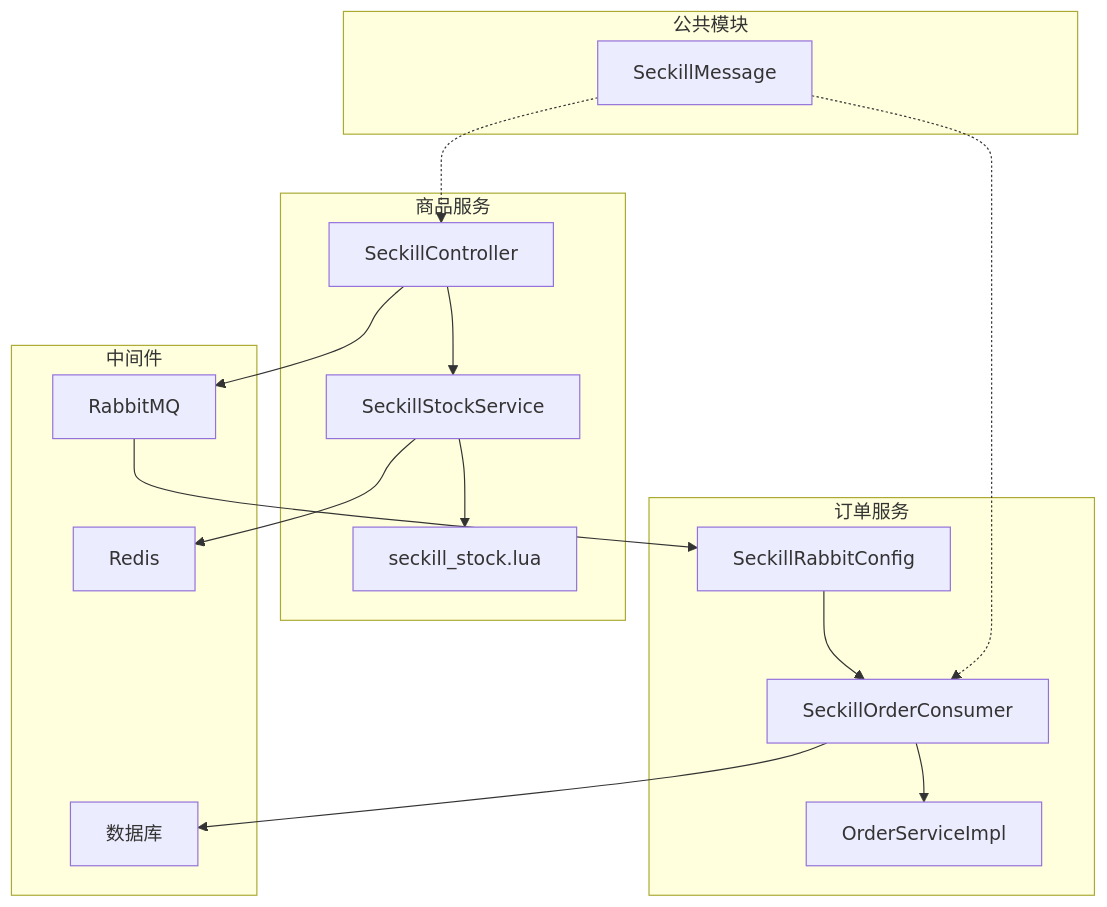
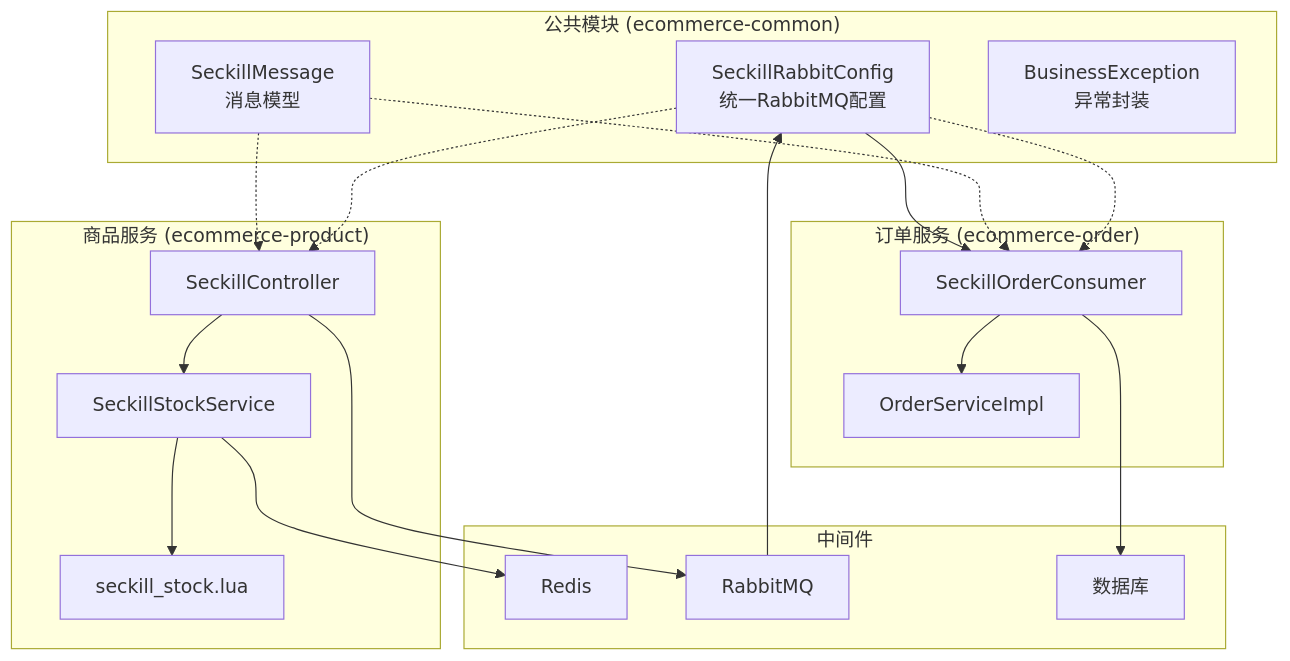
One commit to haohailiang/qoder-fullstack changed the first of 8 diagrams in .qoder/repowiki/zh/content/后端架构设计/商品服务/秒杀库存管理.md. Above: the diagram before and after it, drawn with Mermaid. The commit also changed other lines of this file and 36 other files, not shown here.

````diff
--- a/.qoder/repowiki/zh/content/后端架构设计/商品服务/秒杀库存管理.md
+++ b/.qoder/repowiki/zh/content/后端架构设计/商品服务/秒杀库存管理.md
@@ -32,31 +40,34 @@
 ```mermaid
 graph TB
-subgraph "商品服务"
+subgraph "公共模块 (ecommerce-common)"
+SRC["SeckillRabbitConfig<br/>统一RabbitMQ配置"]
+MSG["SeckillMessage<br/>消息模型"]
+EXC["BusinessException<br/>异常封装"]
+end
+subgraph "商品服务 (ecommerce-product)"
 SC["SeckillController"]
 SSS["SeckillStockService"]
 LUA["seckill_stock.lua"]
 end
-subgraph "订单服务"
-SRC["SeckillRabbitConfig"]
+subgraph "订单服务 (ecommerce-order)"
 SOC["SeckillOrderConsumer"]
 OSI["OrderServiceImpl"]
-end
-subgraph "公共模块"
-MSG["SeckillMessage"]
 end
 subgraph "中间件"
 REDIS["Redis"]
 MQ["RabbitMQ"]
 DB["数据库"]
 end
 SC --> SSS
 SSS --> REDIS
 SSS --> LUA
 SC --> MQ
 MQ --> SRC
 SRC --> SOC
 SOC --> DB
 SOC --> OSI
 MSG -.-> SC
 MSG -.-> SOC
+SRC -.-> SC
+SRC -.-> SOC
 ```
````
